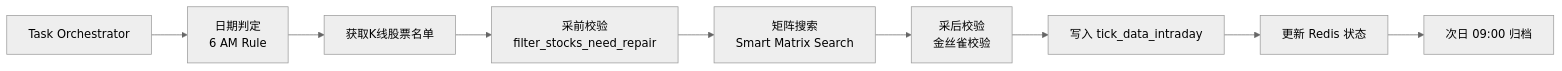
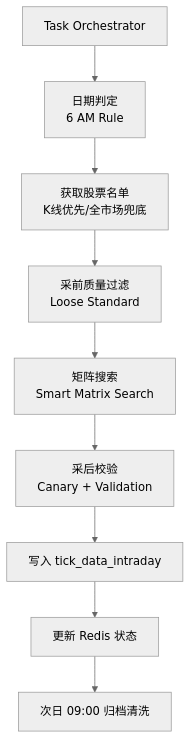
One commit to bxgh/microservice-stock-ck changed the diagram in services/gsd-worker/docs/SCENARIO_DAILY_TICK_SYNC.md. Above: the diagram before and after it, drawn with Mermaid (neutral theme). The commit also changed other lines of this file and 11 other files, not shown here.

````diff
--- a/services/gsd-worker/docs/SCENARIO_DAILY_TICK_SYNC.md
+++ b/services/gsd-worker/docs/SCENARIO_DAILY_TICK_SYNC.md
@@ -13,11 +13,11 @@
 ```mermaid
-flowchart LR
+flowchart TD
     A[Task Orchestrator] --> B[日期判定<br/>6 AM Rule]
-    B --> C[获取K线股票名单]
-    C --> D[采前校验<br/>filter_stocks_need_repair]
+    B --> C[获取股票名单<br/>K线优先/全市场兜底]
+    C --> D[采前质量过滤<br/>Loose Standard]
     D --> E[矩阵搜索<br/>Smart Matrix Search]
-    E --> F[采后校验<br/>金丝雀校验]
+    E --> F[采后校验<br/>Canary + Validation]
     F --> G[写入 tick_data_intraday]
     G --> H[更新 Redis 状态]
-    H --> I[次日 09:00 归档]
+    H --> I[次日 09:00 归档清洗]
 ```
````
